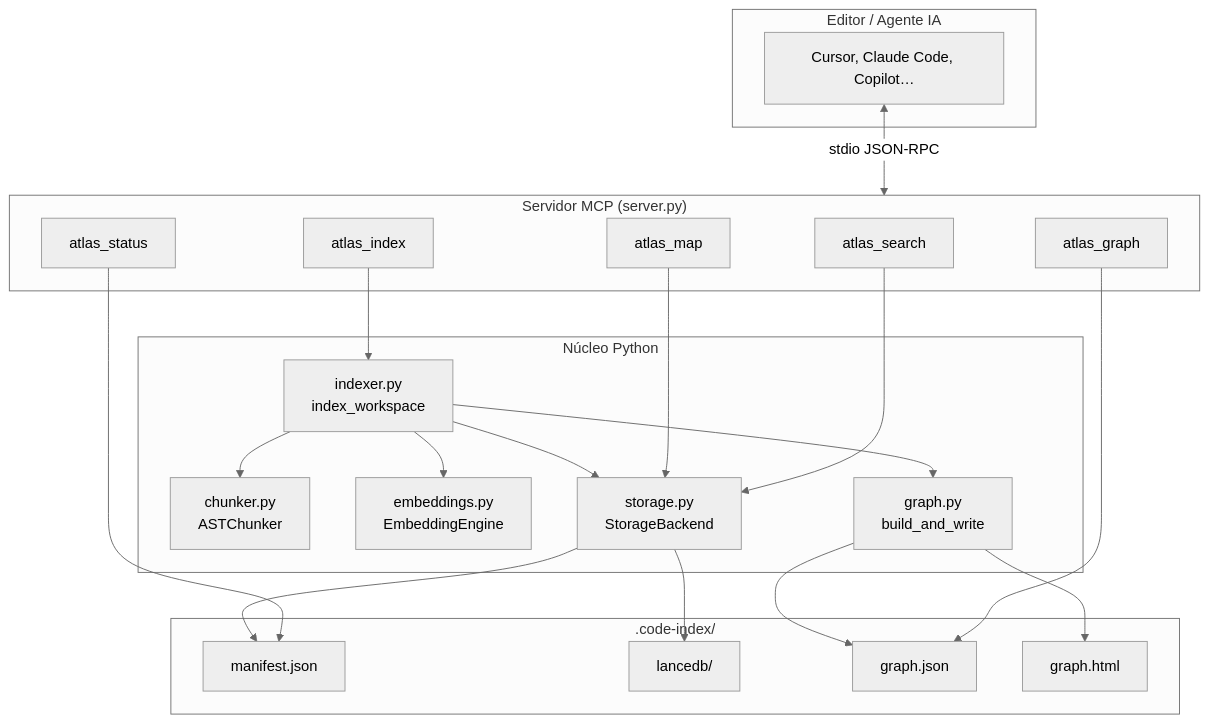
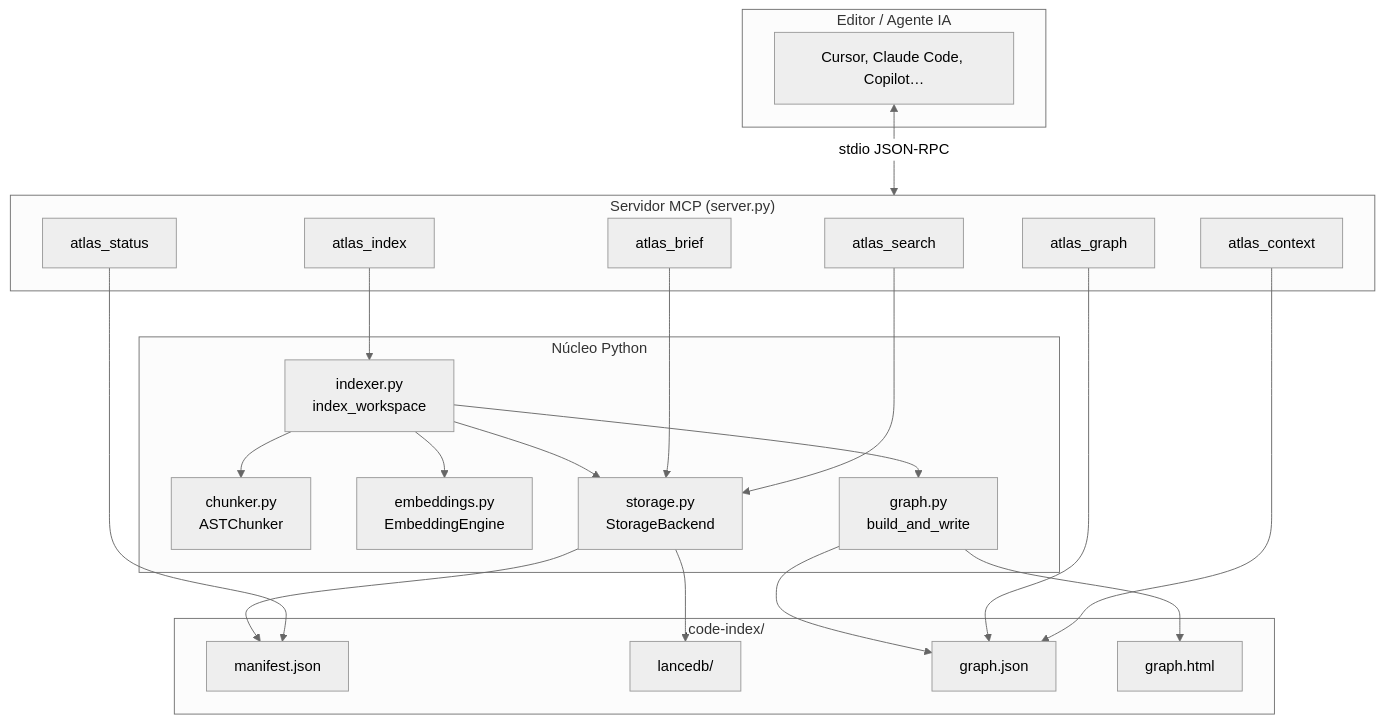
Before and after one commit to LuisCarlosLopes/codesteer-atlas: the second of 14 diagrams in docs/guia-indexacao-grafo-mcp.md, drawn with Mermaid (neutral theme). The commit also changed other lines of this file and 7 other files, not shown here.

````diff
--- a/docs/guia-indexacao-grafo-mcp.md
+++ b/docs/guia-indexacao-grafo-mcp.md
@@ -74,45 +74,47 @@
 ```mermaid
 flowchart TB
     subgraph Cliente["Editor / Agente IA"]
         CURSOR[Cursor, Claude Code, Copilot…]
     end
 
     subgraph MCP["Servidor MCP (server.py)"]
         T1[atlas_search]
-        T2[atlas_map]
-        T3[atlas_graph]
-        T4[atlas_index]
-        T5[atlas_status]
+        T2[atlas_brief]
+        T3[atlas_context]
+        T4[atlas_graph]
+        T5[atlas_index]
+        T6[atlas_status]
     end
 
     subgraph Core["Núcleo Python"]
         IDX[indexer.py<br/>index_workspace]
         CHK[chunker.py<br/>ASTChunker]
         EMB[embeddings.py<br/>EmbeddingEngine]
         STO[storage.py<br/>StorageBackend]
         GRP[graph.py<br/>build_and_write]
     end
 
     subgraph Disco[".code-index/"]
         MAN[manifest.json]
         DB[lancedb/]
         GJ[graph.json]
         GH[graph.html]
     end
 
     CURSOR <-->|stdio JSON-RPC| MCP
-    T4 --> IDX
+    T5 --> IDX
     T1 --> STO
     T2 --> STO
     T3 --> GJ
-    T5 --> MAN
+    T4 --> GJ
+    T6 --> MAN
 
     IDX --> CHK
     IDX --> EMB
     IDX --> STO
     IDX --> GRP
     STO --> DB
     STO --> MAN
     GRP --> GJ
     GRP --> GH
 ```
````
